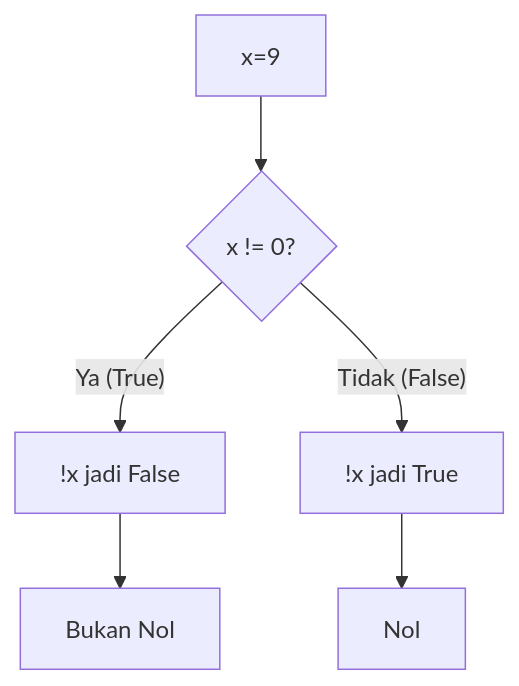
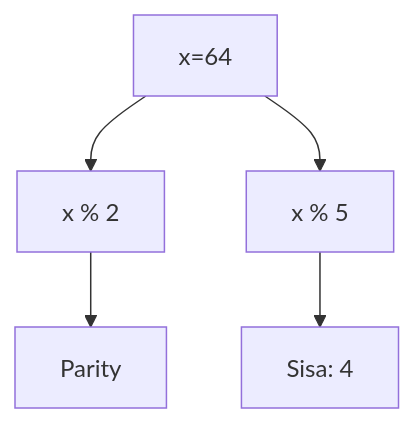
Before and after one commit to amnahwaida/OSNK_INF_PREP: the tenth of 25 diagrams in part-c-pemahaman-cpp/02-percabangan/latihan/set-09.md, drawn with Mermaid. The commit also changed other lines of this file and 71 other files, not shown here.

````diff
--- a/part-c-pemahaman-cpp/02-percabangan/latihan/set-09.md
+++ b/part-c-pemahaman-cpp/02-percabangan/latihan/set-09.md
@@ -301,8 +294,7 @@
 ```mermaid
 graph TD
-    A[x=9] --> B{x != 0?}
-    B -- Ya (True) --> C["!x jadi False"]
-    B -- Tidak (False) --> D["!x jadi True"]
-    C --> E[Bukan Nol]
-    D --> F[Nol]
+A[x=64] --> B[x % 2]
+B --> C[Parity]
+A --> D[x % 5]
+D --> E[Sisa: 4]
 ```
````
